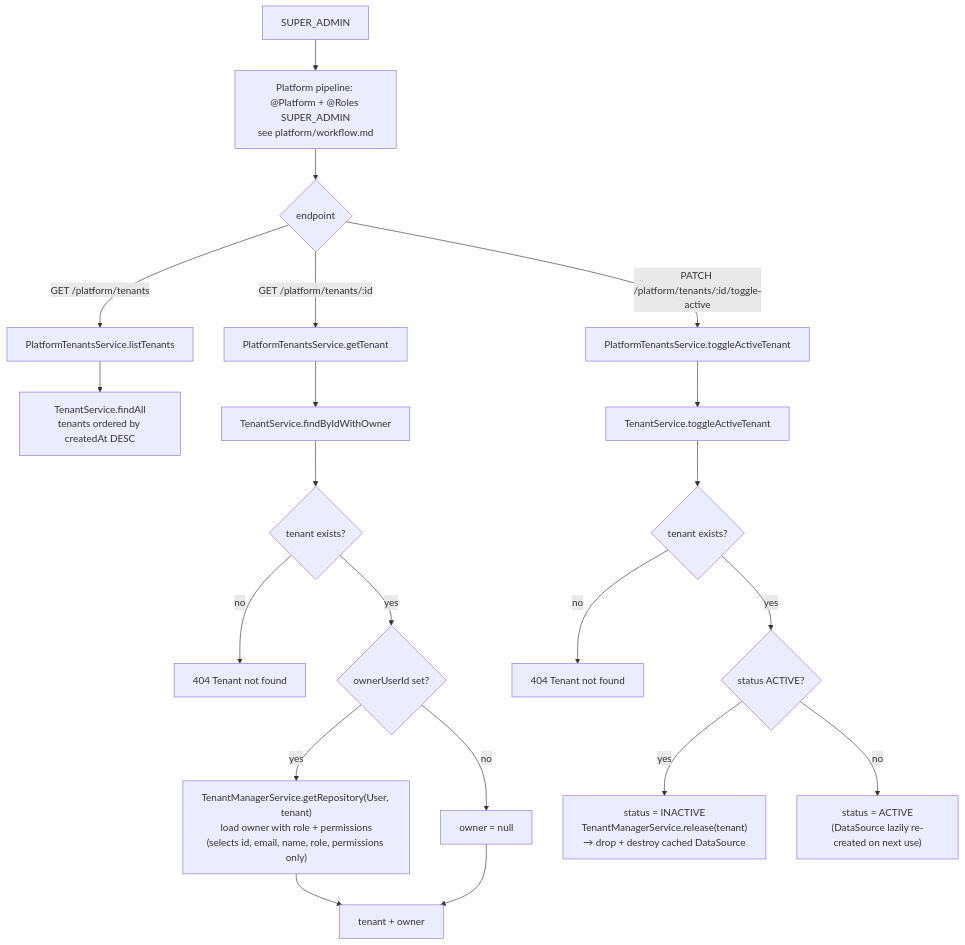
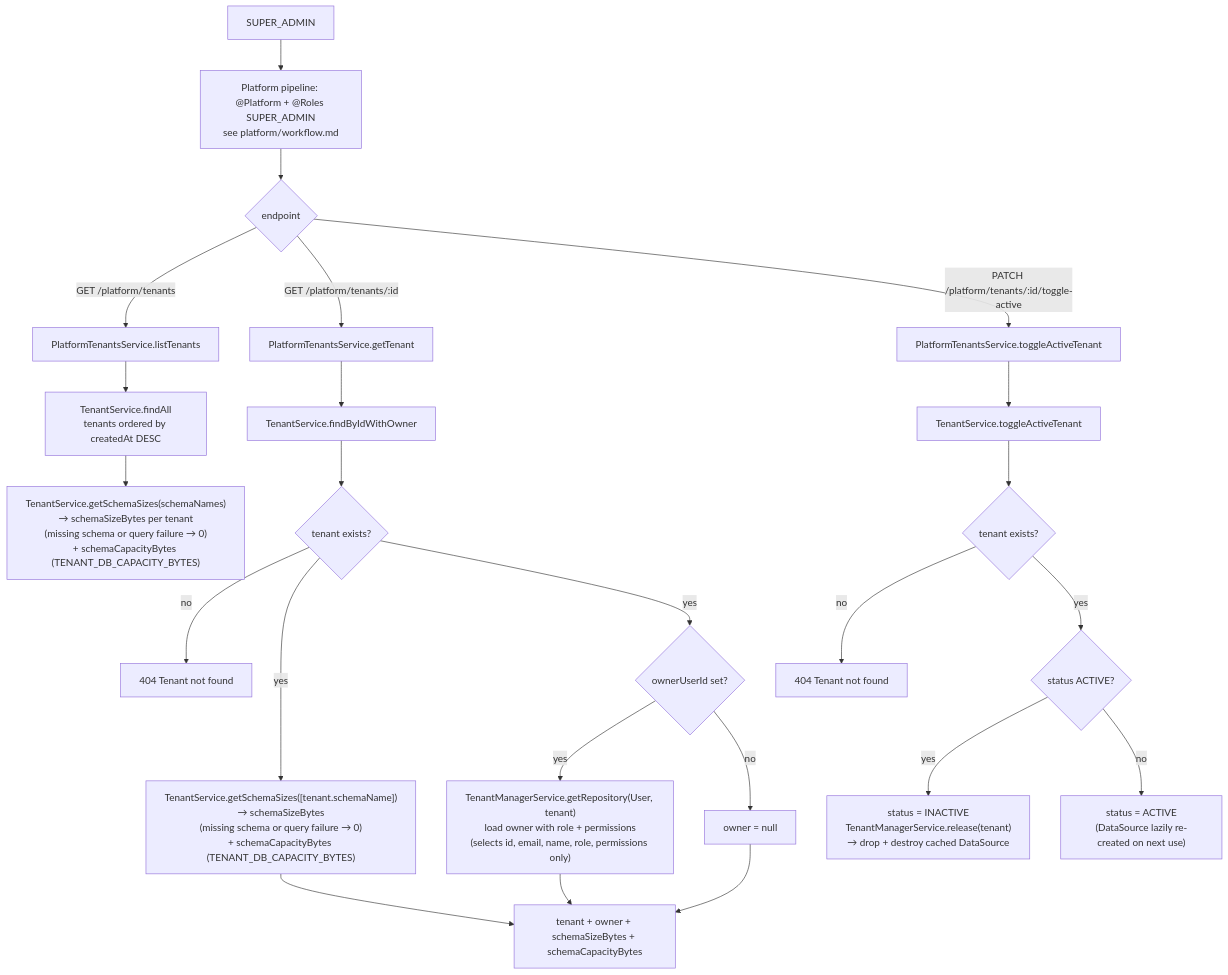
Before and after one commit to DevBassel/saas_commerce: the diagram in apps/api/src/modules/platform/tenants/workflow.md, drawn with Mermaid. The commit also changed other lines of this file and 158 other files, not shown here.

````diff
--- a/apps/api/src/modules/platform/tenants/workflow.md
+++ b/apps/api/src/modules/platform/tenants/workflow.md
@@ -1,25 +1,28 @@
 ```mermaid
 flowchart TD
     Client["SUPER_ADMIN"] --> GUARD["Platform pipeline: @Platform + @Roles SUPER_ADMIN<br/>see platform/workflow.md"]
     GUARD --> OP{"endpoint"}
 
     OP -->|"GET /platform/tenants"| L["PlatformTenantsService.listTenants"]
     L --> L1["TenantService.findAll<br/>tenants ordered by createdAt DESC"]
+    L1 --> L2["TenantService.getSchemaSizes(schemaNames)<br/>→ schemaSizeBytes per tenant<br/>(missing schema or query failure → 0)<br/>+ schemaCapacityBytes (TENANT_DB_CAPACITY_BYTES)"]
 
     OP -->|"GET /platform/tenants/:id"| F["PlatformTenantsService.getTenant"]
     F --> F1["TenantService.findByIdWithOwner"]
     F1 --> F12{"tenant exists?"}
     F12 -->|"no"| E404["404 Tenant not found"]
+    F12 -->|"yes"| F5["TenantService.getSchemaSizes([tenant.schemaName])<br/>→ schemaSizeBytes<br/>(missing schema or query failure → 0)<br/>+ schemaCapacityBytes (TENANT_DB_CAPACITY_BYTES)"]
     F12 -->|"yes"| F2{"ownerUserId set?"}
     F2 -->|"yes"| F3["TenantManagerService.getRepository(User, tenant)<br/>load owner with role + permissions<br/>(selects id, email, name, role, permissions only)"]
     F2 -->|"no"| F4["owner = null"]
-    F3 --> OUT["tenant + owner"]
+    F3 --> OUT["tenant + owner + schemaSizeBytes + schemaCapacityBytes"]
     F4 --> OUT
+    F5 --> OUT
 
     OP -->|"PATCH /platform/tenants/:id/toggle-active"| T["PlatformTenantsService.toggleActiveTenant"]
     T --> T1["TenantService.toggleActiveTenant"]
     T1 --> T2{"tenant exists?"} -->|"no"| T2E["404 Tenant not found"]
     T2 -->|"yes"| T3{"status ACTIVE?"}
     T3 -->|"yes"| T4["status = INACTIVE<br/>TenantManagerService.release(tenant)<br/>→ drop + destroy cached DataSource"]
     T3 -->|"no"| T5["status = ACTIVE<br/>(DataSource lazily re-created on next use)"]
 ```
````
